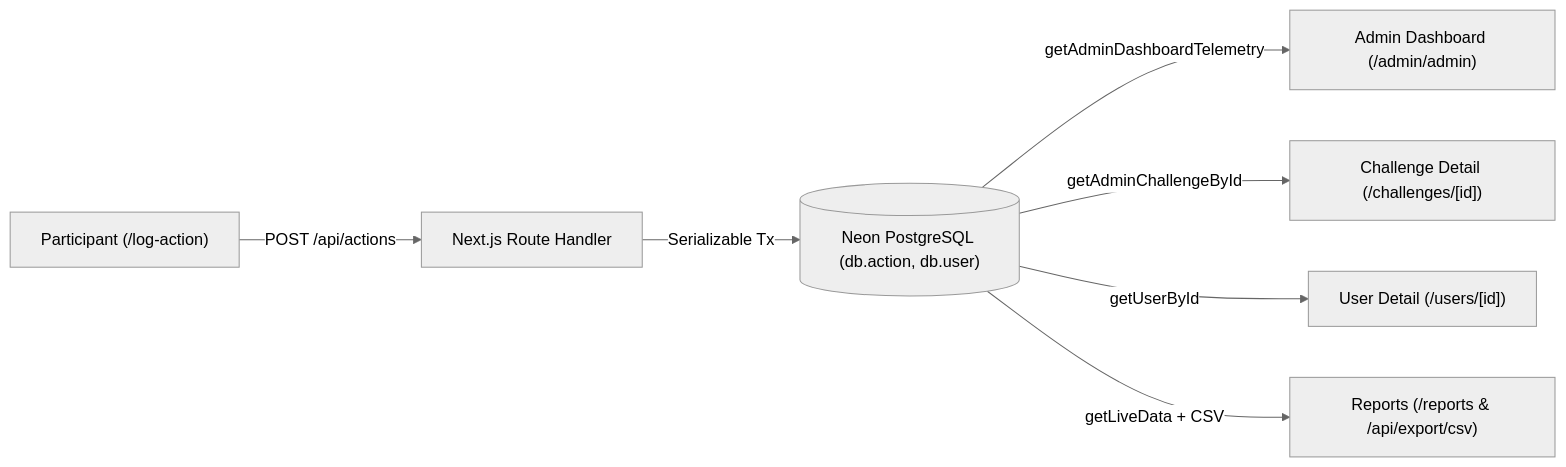
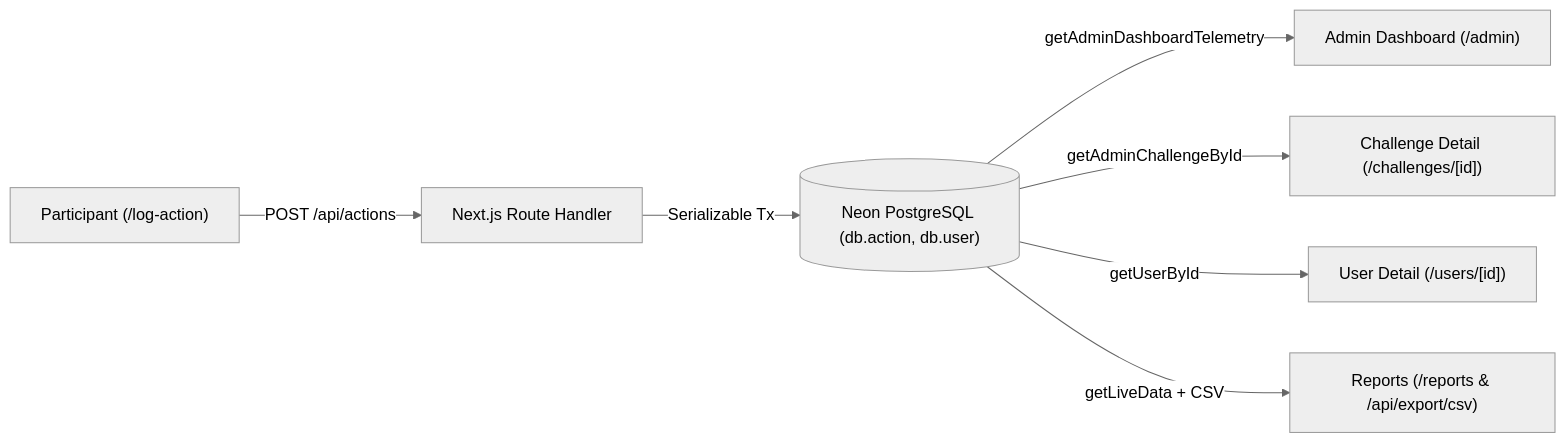
Before and after one commit to eyoelshim/EcoChallengeFall2026: the diagram in docs/qa/sprint2-integration-checklist.md, drawn with Mermaid (neutral theme). The commit also changed other lines of this file and 68 other files, not shown here.

````diff
--- a/docs/qa/sprint2-integration-checklist.md
+++ b/docs/qa/sprint2-integration-checklist.md
@@ -17,9 +17,9 @@
 ```mermaid
 flowchart LR
     P["Participant (/log-action)"] -->|POST /api/actions| API["Next.js Route Handler"]
     API -->|Serializable Tx| DB[("Neon PostgreSQL (db.action, db.user)")]
-    DB -->|getAdminDashboardTelemetry| AD["Admin Dashboard (/admin/admin)"]
+    DB -->|getAdminDashboardTelemetry| AD["Admin Dashboard (/admin)"]
     DB -->|getAdminChallengeById| AC["Challenge Detail (/challenges/[id])"]
     DB -->|getUserById| AU["User Detail (/users/[id])"]
     DB -->|getLiveData + CSV| AR["Reports (/reports & /api/export/csv)"]
 ```
````
